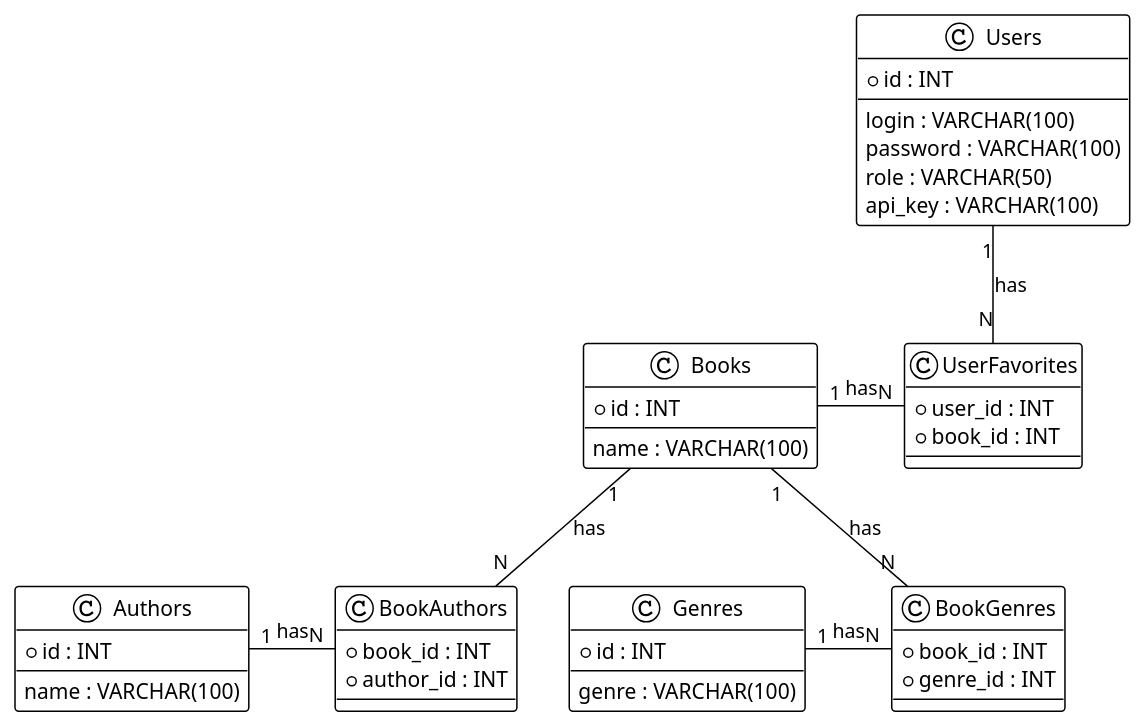
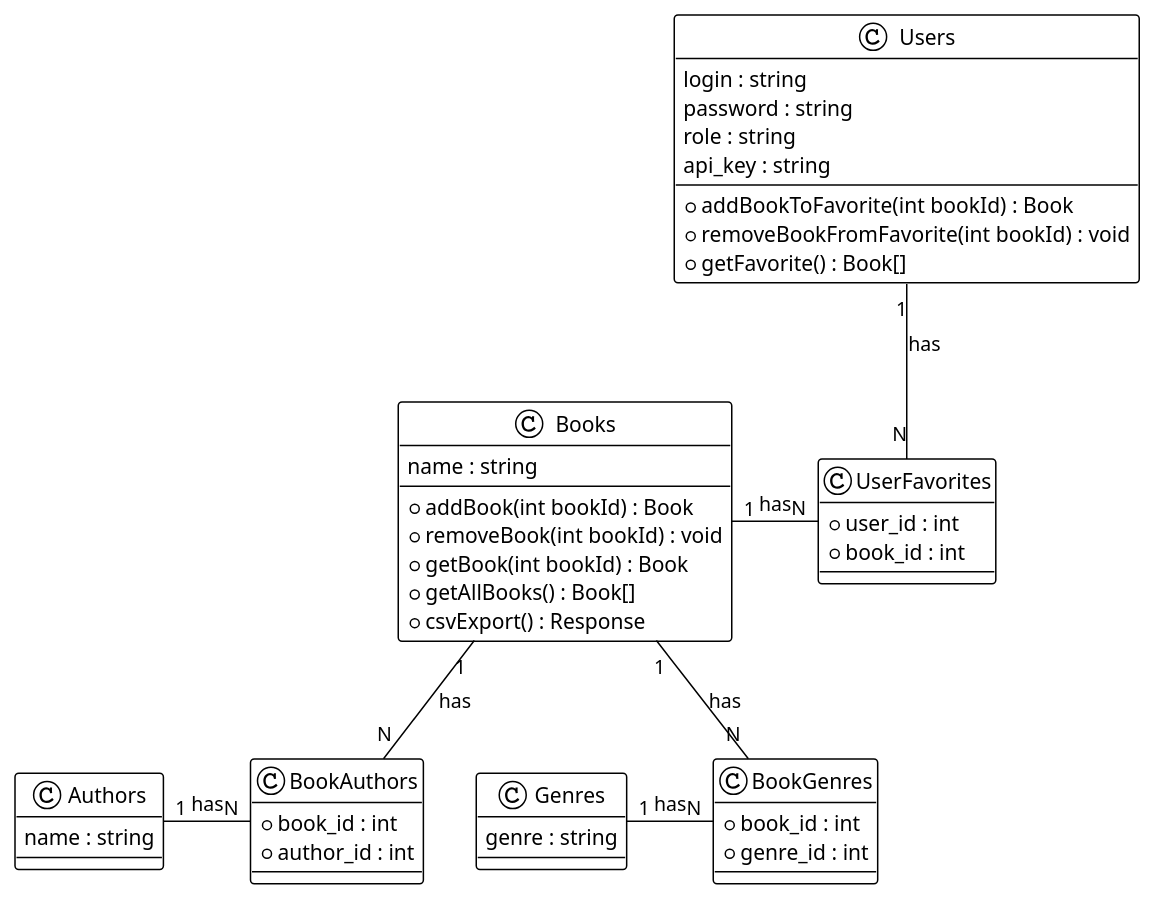
Before and after one commit to idSynth/OnlineLibraryAPI: the diagram in uml/ClassDiagram.puml, drawn with PlantUML. The commit also changed 1 other file, not shown here.

Commit message:
Updated Diagrams

```diff
--- a/uml/ClassDiagram.puml
+++ b/uml/ClassDiagram.puml
@@ -1,51 +1,53 @@
 @startuml
 !theme plain
 class Users {
-  + id : INT
+  login : string
+  password : string
+  role : string
+  api_key : string
   --
-  login : VARCHAR(100)
-  password : VARCHAR(100)
-  role : VARCHAR(50)
-  api_key : VARCHAR(100)
+  +addBookToFavorite(int bookId) : Book
+  +removeBookFromFavorite(int bookId) : void
+  +getFavorite() : Book[]
 }
 
 class Books {
-  + id : INT
+  name : string
   --
-  name : VARCHAR(100)
+  +addBook(int bookId) : Book
+  +removeBook(int bookId) : void
+  +getBook(int bookId) : Book
+  +getAllBooks() : Book[]
+  +csvExport() : Response
 }
 
 class Authors {
-  + id : INT
-  --
-  name : VARCHAR(100)
+  name : string
 }
 
 class Genres {
-  + id : INT
-  --
-  genre : VARCHAR(100)
+  genre : string
 }
 
 class BookAuthors {
-  + book_id : INT
-  + author_id : INT
+  + book_id : int
+  + author_id : int
 }
 
 class BookGenres {
-  + book_id : INT
-  + genre_id : INT
+  + book_id : int
+  + genre_id : int
 }
 
 class UserFavorites {
-  + user_id : INT
-  + book_id : INT
+  + user_id : int
+  + book_id : int
 }
 
 Users "1" -- "N" UserFavorites : has
 Books "1" - "N" UserFavorites : has
 Books "1" -- "N" BookAuthors : has
 Authors "1" - "N" BookAuthors : has
 Books "1" -- "N" BookGenres : has
 Genres "1" - "N" BookGenres : has
 @enduml
```
